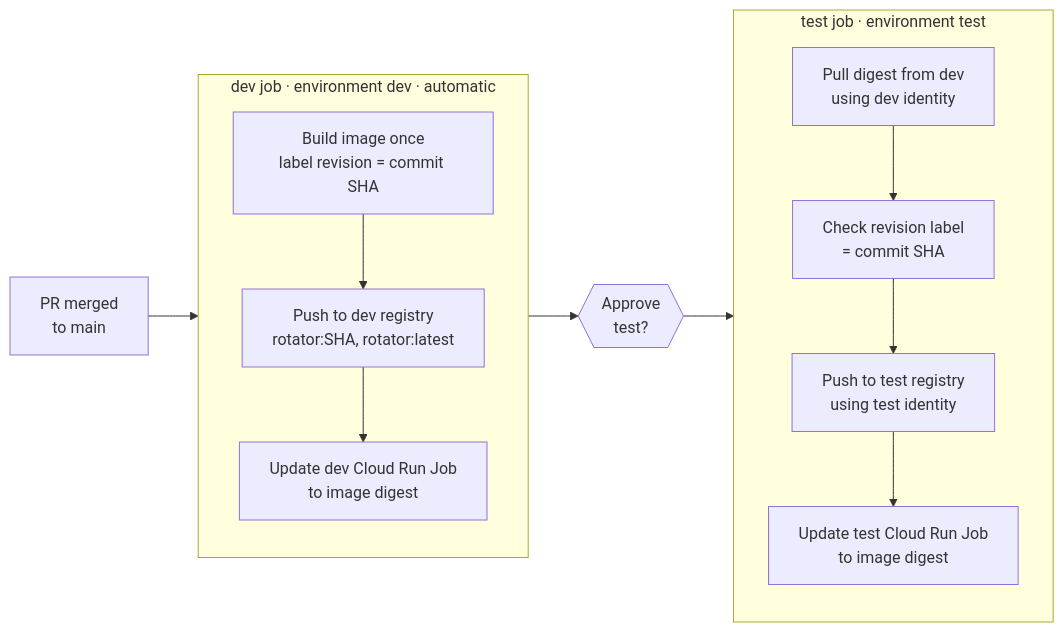
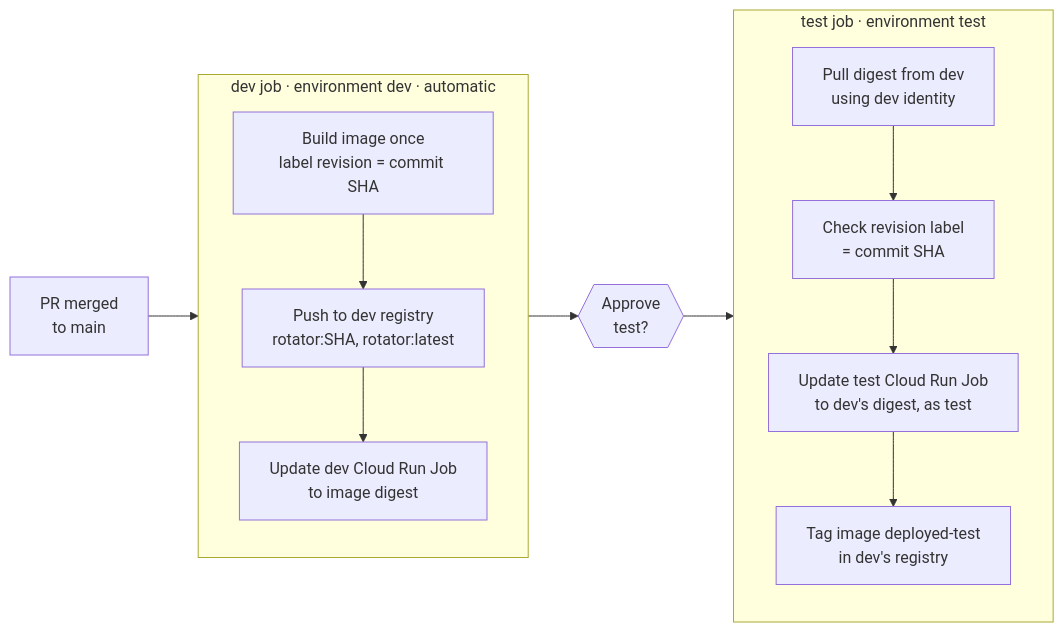
The diagram in CICD.md (Sarank-tech/gcp-postgres-password-rotator), drawn with Mermaid before and after one commit. The commit also changed other lines of this file and 8 other files, not shown here.

First line of the commit message:
ci: run one image from dev's registry in every environment

````diff
--- a/CICD.md
+++ b/CICD.md
@@ -45,18 +47,18 @@
 ```mermaid
 flowchart LR
     PR[PR merged<br/>to main] --> DEV
 
     subgraph DEV[dev job · environment dev · automatic]
         B[Build image once<br/>label revision = commit SHA] --> P1[Push to dev registry<br/>rotator:SHA, rotator:latest]
         P1 --> U1[Update dev Cloud Run Job<br/>to image digest]
     end
 
     DEV --> GATE{{Approve<br/>test?}}
     GATE --> TEST
 
     subgraph TEST[test job · environment test]
         PULL[Pull digest from dev<br/>using dev identity] --> CHK[Check revision label<br/>= commit SHA]
-        CHK --> P2[Push to test registry<br/>using test identity]
-        P2 --> U2[Update test Cloud Run Job<br/>to image digest]
+        CHK --> U2[Update test Cloud Run Job<br/>to dev's digest, as test]
+        U2 --> T2[Tag image deployed-test<br/>in dev's registry]
     end
 ```
````
